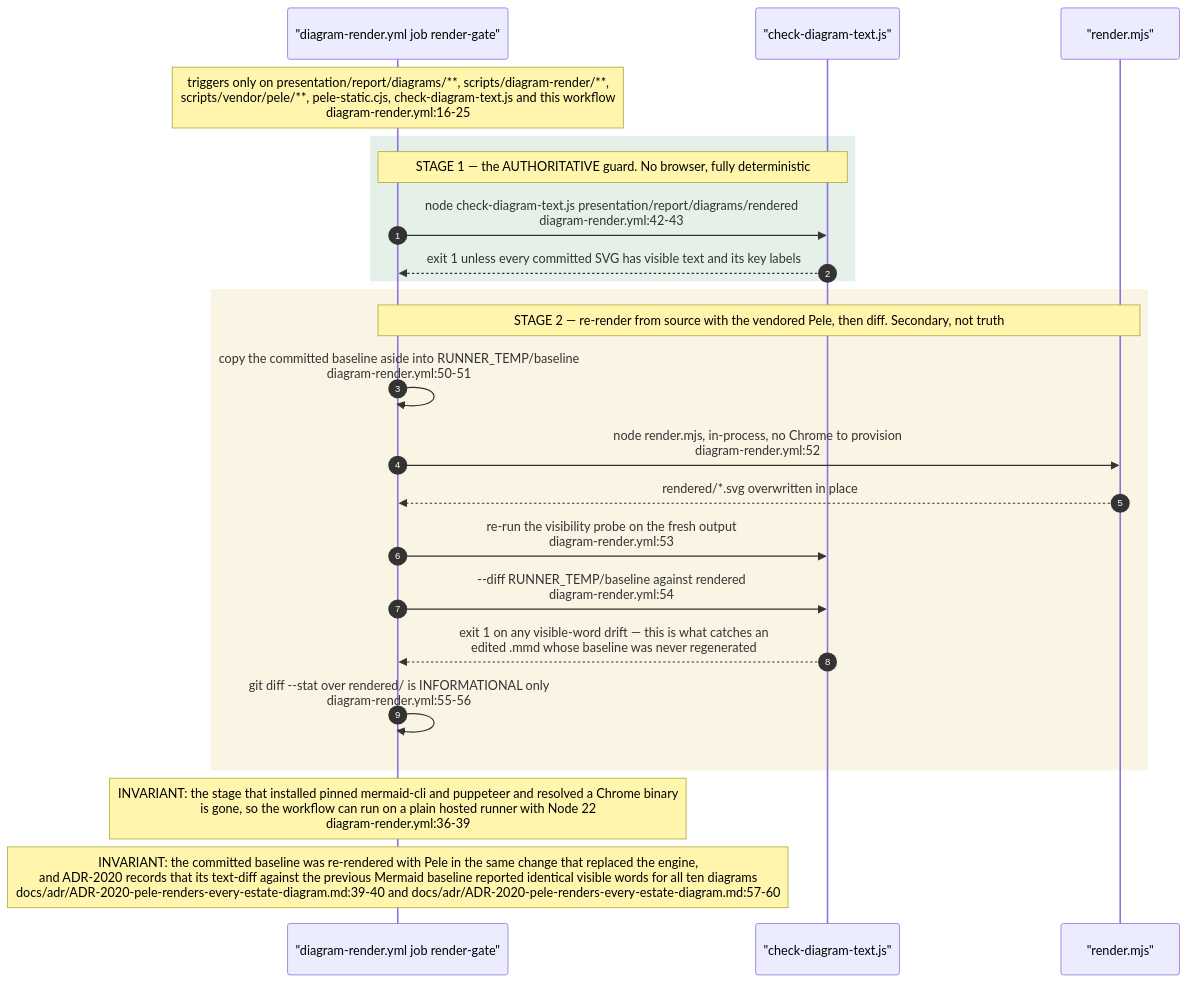
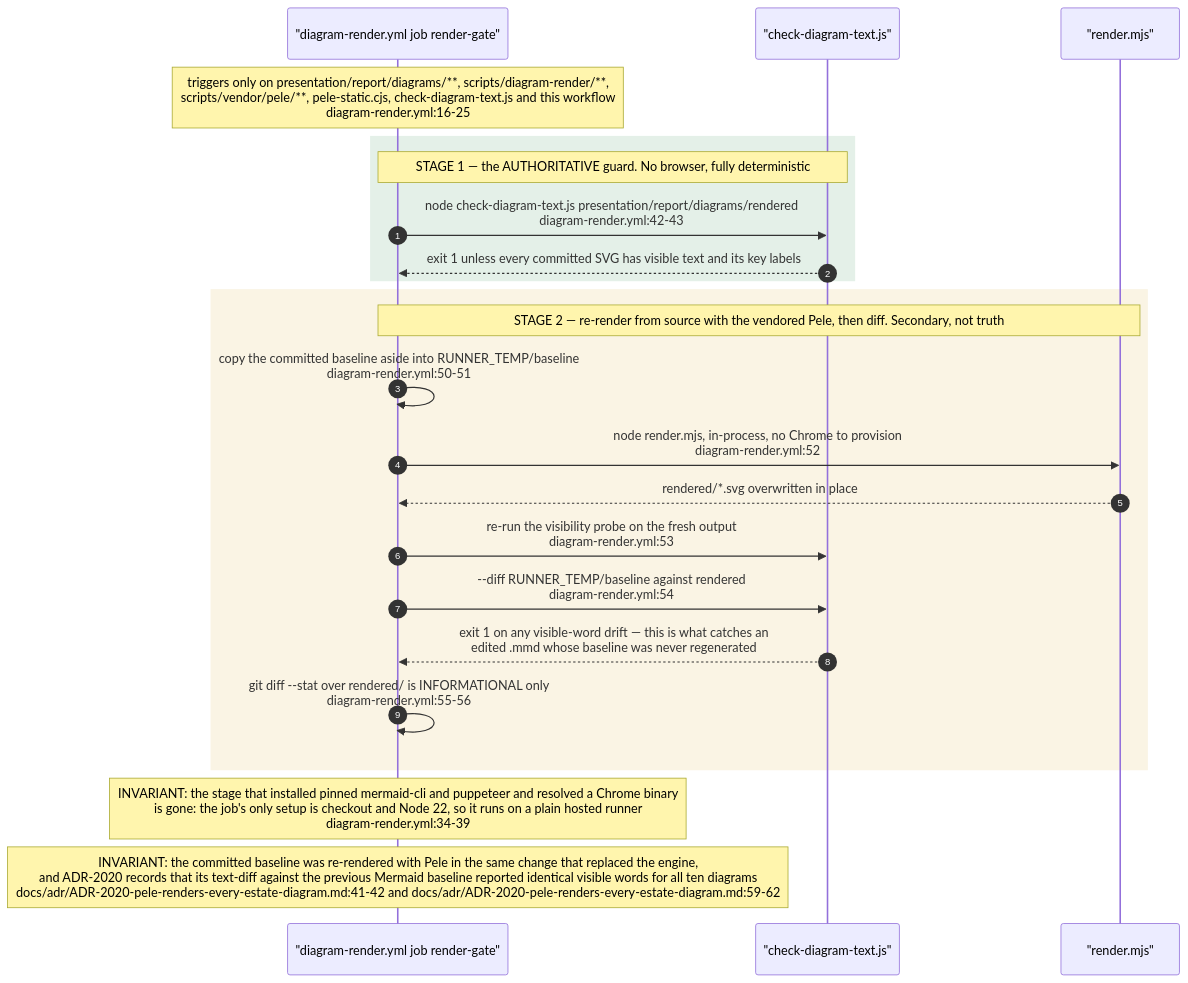
Before and after one commit to DreamLab-AI/VisionFlow: the second of 15 diagrams in docs/diagrams/visionflow/06-diagram-tooling.md, drawn with Mermaid. The commit also changed other lines of this file and 91 other files, not shown here.

First line of the commit message:
docs(audit): estate audit wave 2, every repository except agentbox and VisionClaw

````diff
--- a/docs/diagrams/visionflow/06-diagram-tooling.md
+++ b/docs/diagrams/visionflow/06-diagram-tooling.md
@@ -96,29 +96,29 @@
 ```mermaid
 sequenceDiagram
     autonumber
     participant GH as "diagram-render.yml job render-gate"
     participant CHK as "check-diagram-text.js"
     participant REN as "render.mjs"
 
     Note over GH: triggers only on presentation/report/diagrams/**, scripts/diagram-render/**,<br/>scripts/vendor/pele/**, pele-static.cjs, check-diagram-text.js and this workflow<br/>diagram-render.yml:16-25
 
     rect rgb(228, 240, 232)
     Note over GH,CHK: STAGE 1 — the AUTHORITATIVE guard. No browser, fully deterministic
     GH->>CHK: node check-diagram-text.js presentation/report/diagrams/rendered<br/>diagram-render.yml:42-43
     CHK-->>GH: exit 1 unless every committed SVG has visible text and its key labels
     end
 
     rect rgb(250, 244, 228)
     Note over GH,REN: STAGE 2 — re-render from source with the vendored Pele, then diff. Secondary, not truth
     GH->>GH: copy the committed baseline aside into RUNNER_TEMP/baseline<br/>diagram-render.yml:50-51
     GH->>REN: node render.mjs, in-process, no Chrome to provision<br/>diagram-render.yml:52
     REN-->>GH: rendered/*.svg overwritten in place
     GH->>CHK: re-run the visibility probe on the fresh output<br/>diagram-render.yml:53
     GH->>CHK: --diff RUNNER_TEMP/baseline against rendered<br/>diagram-render.yml:54
     CHK-->>GH: exit 1 on any visible-word drift — this is what catches an<br/>edited .mmd whose baseline was never regenerated
     GH->>GH: git diff --stat over rendered/ is INFORMATIONAL only<br/>diagram-render.yml:55-56
     end
 
-    Note over GH: INVARIANT: the stage that installed pinned mermaid-cli and puppeteer and resolved a Chrome binary<br/>is gone, so the workflow can run on a plain hosted runner with Node 22<br/>diagram-render.yml:36-39
-    Note over GH: INVARIANT: the committed baseline was re-rendered with Pele in the same change that replaced the engine,<br/>and ADR-2020 records that its text-diff against the previous Mermaid baseline reported identical visible words for all ten diagrams<br/>docs/adr/ADR-2020-pele-renders-every-estate-diagram.md:39-40 and docs/adr/ADR-2020-pele-renders-every-estate-diagram.md:57-60
+    Note over GH: INVARIANT: the stage that installed pinned mermaid-cli and puppeteer and resolved a Chrome binary<br/>is gone: the job's only setup is checkout and Node 22, so it runs on a plain hosted runner<br/>diagram-render.yml:34-39
+    Note over GH: INVARIANT: the committed baseline was re-rendered with Pele in the same change that replaced the engine,<br/>and ADR-2020 records that its text-diff against the previous Mermaid baseline reported identical visible words for all ten diagrams<br/>docs/adr/ADR-2020-pele-renders-every-estate-diagram.md:41-42 and docs/adr/ADR-2020-pele-renders-every-estate-diagram.md:59-62
 ```
````
